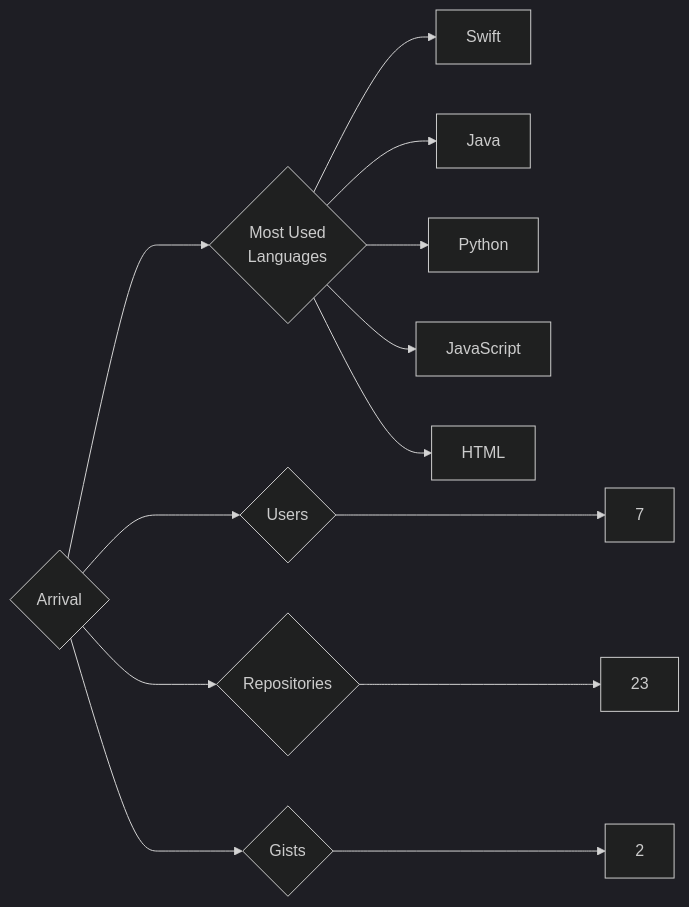
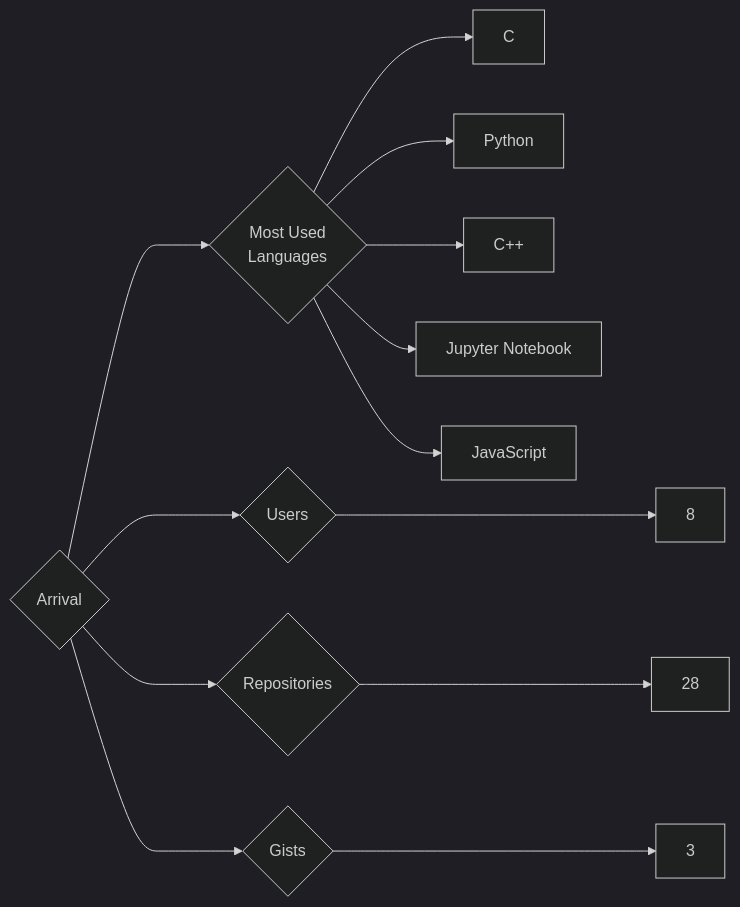
The diagram in targets/Arrival/README.md (trickest/insiders), drawn with Mermaid (dark theme) before and after one commit. The commit also changed 783 other files, not shown here.

````diff
--- a/targets/Arrival/README.md
+++ b/targets/Arrival/README.md
@@ -3,13 +3,13 @@
 ```mermaid
 graph LR
 COMPANY_NAME{Arrival}
-COMPANY_NAME ---> U{Users} ---> UN[7]
-COMPANY_NAME ---> R{Repositories} ---> RN[23]
-COMPANY_NAME ---> G{Gists} ---> GN[2]
+COMPANY_NAME ---> U{Users} ---> UN[8]
+COMPANY_NAME ---> R{Repositories} ---> RN[28]
+COMPANY_NAME ---> G{Gists} ---> GN[3]
 COMPANY_NAME ---> ML{Most Used<br>Languages}
-ML --> Swift[Swift]
-ML --> Java[Java]
+ML --> C[C]
 ML --> Python[Python]
+ML --> C++[C++]
+ML --> Jupyter_Notebook[Jupyter Notebook]
 ML --> JavaScript[JavaScript]
-ML --> HTML[HTML]
 ```
````
